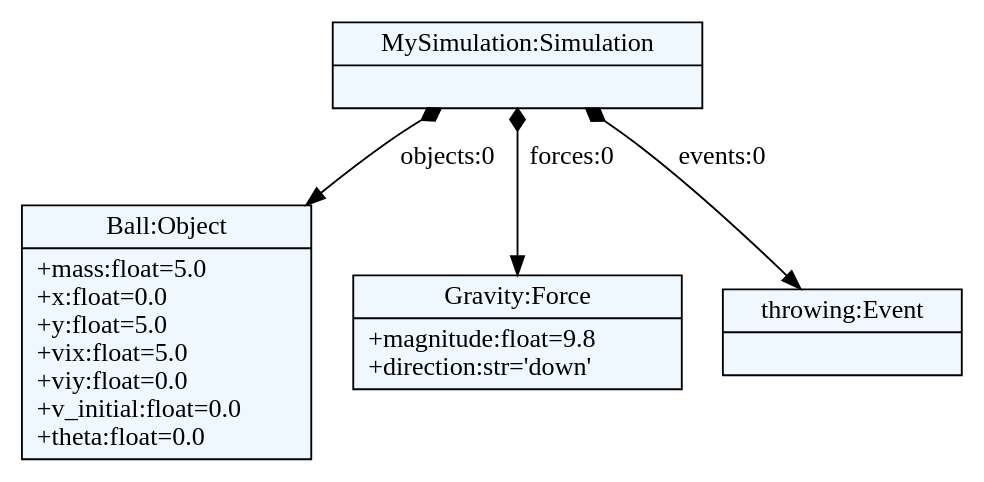
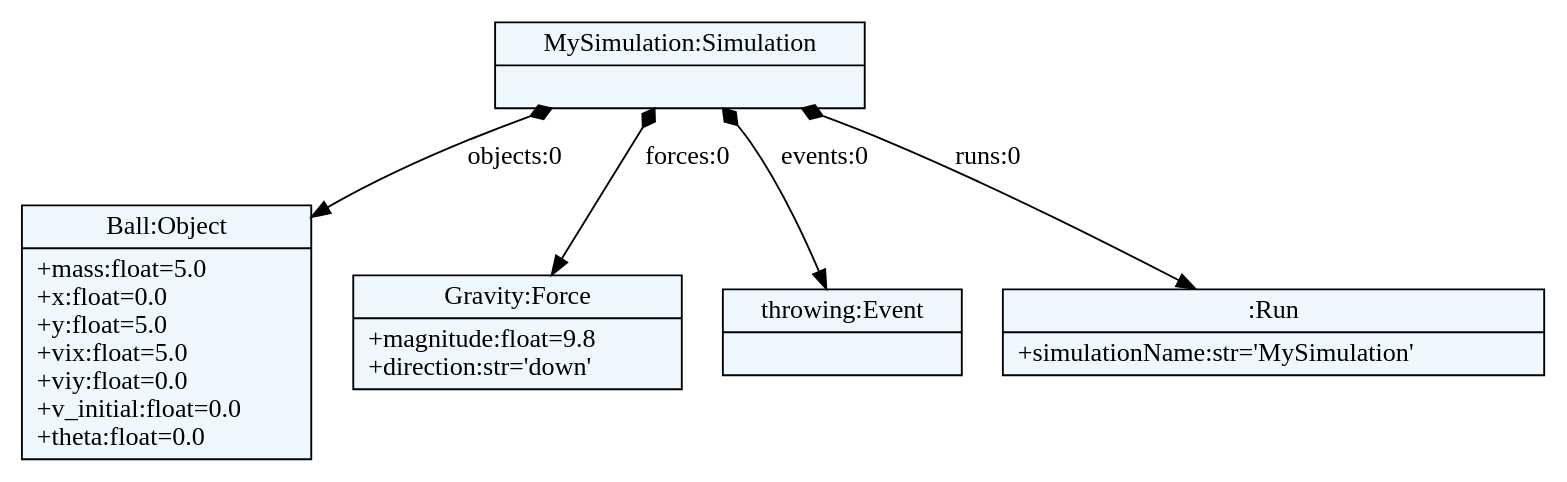
One commit to khoin119/Physix changed the diagram in Physix/program.dot. Above: the diagram before and after it, drawn with Graphviz.

```diff
--- a/Physix/program.dot
+++ b/Physix/program.dot
@@ -1,22 +1,24 @@
 
     digraph textX {
     fontname = "Bitstream Vera Sans"
     fontsize = 8
     node[
         shape=record,
         style=filled,
         fillcolor=aliceblue
     ]
     nodesep = 0.3
     edge[dir=black,arrowtail=empty]
 
 
-4678434592 -> 4678431568 [label="objects:0" arrowtail=diamond dir=both]
-4678431568[label="{Ball:Object|+mass:float=5.0\l+x:float=0.0\l+y:float=5.0\l+vix:float=5.0\l+viy:float=0.0\l+v_initial:float=0.0\l+theta:float=0.0\l}"]
-4678434592 -> 4678430800 [label="forces:0" arrowtail=diamond dir=both]
-4678430800[label="{Gravity:Force|+magnitude:float=9.8\l+direction:str='down'\l}"]
-4678434592 -> 4678429312 [label="events:0" arrowtail=diamond dir=both]
-4678429312[label="{throwing:Event|}"]
-4678434592[label="{MySimulation:Simulation|}"]
+4683232608 -> 4683232272 [label="objects:0" arrowtail=diamond dir=both]
+4683232272[label="{Ball:Object|+mass:float=5.0\l+x:float=0.0\l+y:float=5.0\l+vix:float=5.0\l+viy:float=0.0\l+v_initial:float=0.0\l+theta:float=0.0\l}"]
+4683232608 -> 4683231360 [label="forces:0" arrowtail=diamond dir=both]
+4683231360[label="{Gravity:Force|+magnitude:float=9.8\l+direction:str='down'\l}"]
+4683232608 -> 4683226416 [label="events:0" arrowtail=diamond dir=both]
+4683226416[label="{throwing:Event|}"]
+4683232608 -> 4683228480 [label="runs:0" arrowtail=diamond dir=both]
+4683228480[label="{:Run|+simulationName:str='MySimulation'\l}"]
+4683232608[label="{MySimulation:Simulation|}"]
 
 }
```
